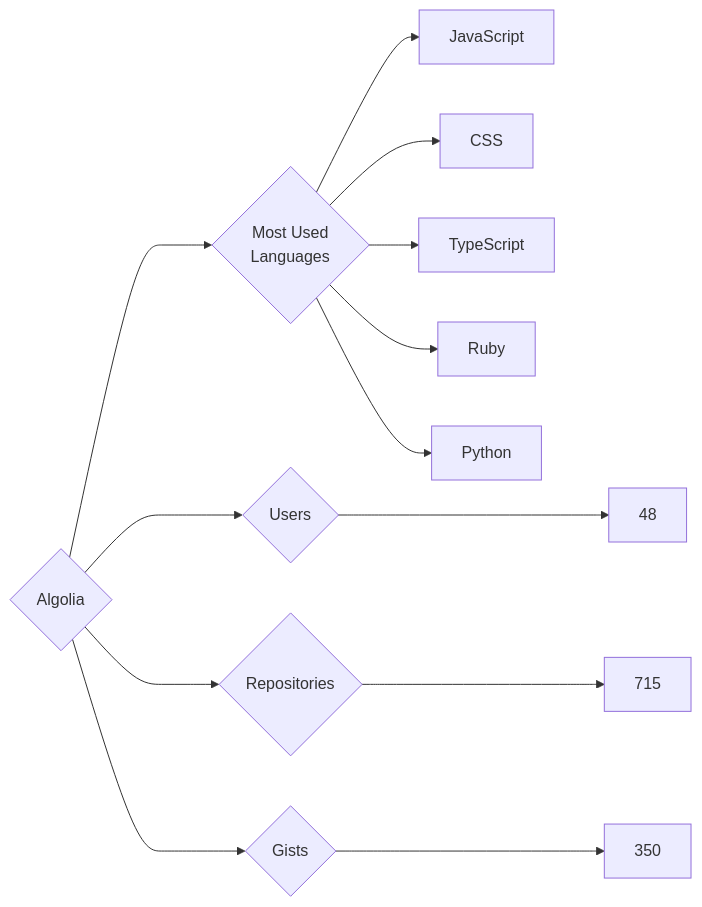
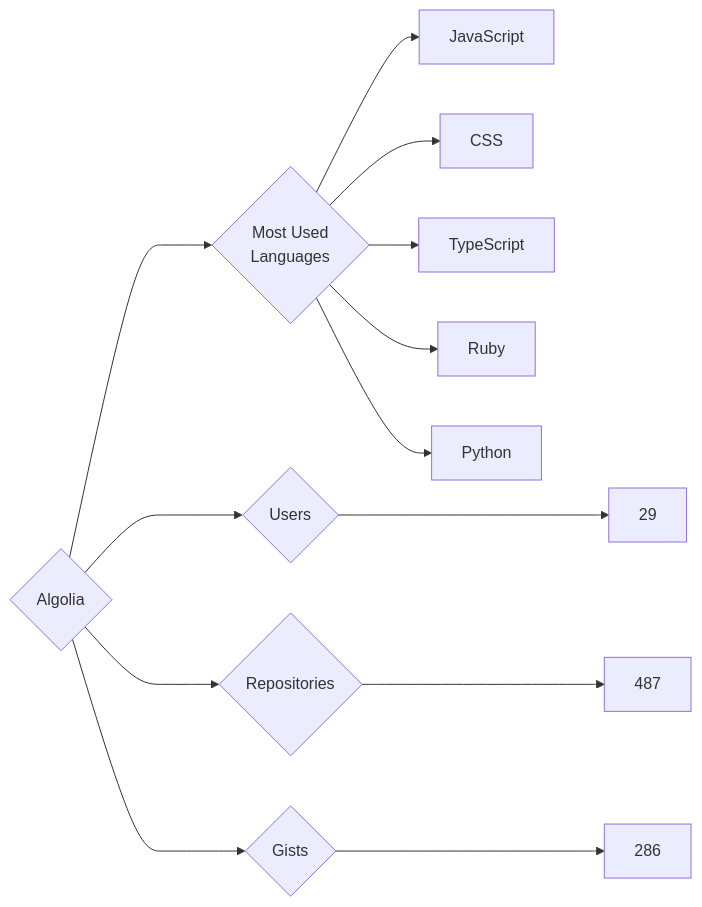
The diagram in targets/Algolia/README.md (trickest/insiders), drawn with Mermaid before and after one commit. The commit also changed 899 other files, not shown here.

````diff
--- a/targets/Algolia/README.md
+++ b/targets/Algolia/README.md
@@ -3,13 +3,13 @@
 ```mermaid
 graph LR
 COMPANY_NAME{Algolia}
-COMPANY_NAME ---> U{Users} ---> UN[48]
-COMPANY_NAME ---> R{Repositories} ---> RN[715]
-COMPANY_NAME ---> G{Gists} ---> GN[350]
+COMPANY_NAME ---> U{Users} ---> UN[29]
+COMPANY_NAME ---> R{Repositories} ---> RN[487]
+COMPANY_NAME ---> G{Gists} ---> GN[286]
 COMPANY_NAME ---> ML{Most Used<br>Languages}
 ML --> JavaScript[JavaScript]
 ML --> CSS[CSS]
 ML --> TypeScript[TypeScript]
 ML --> Ruby[Ruby]
 ML --> Python[Python]
 ```
````
